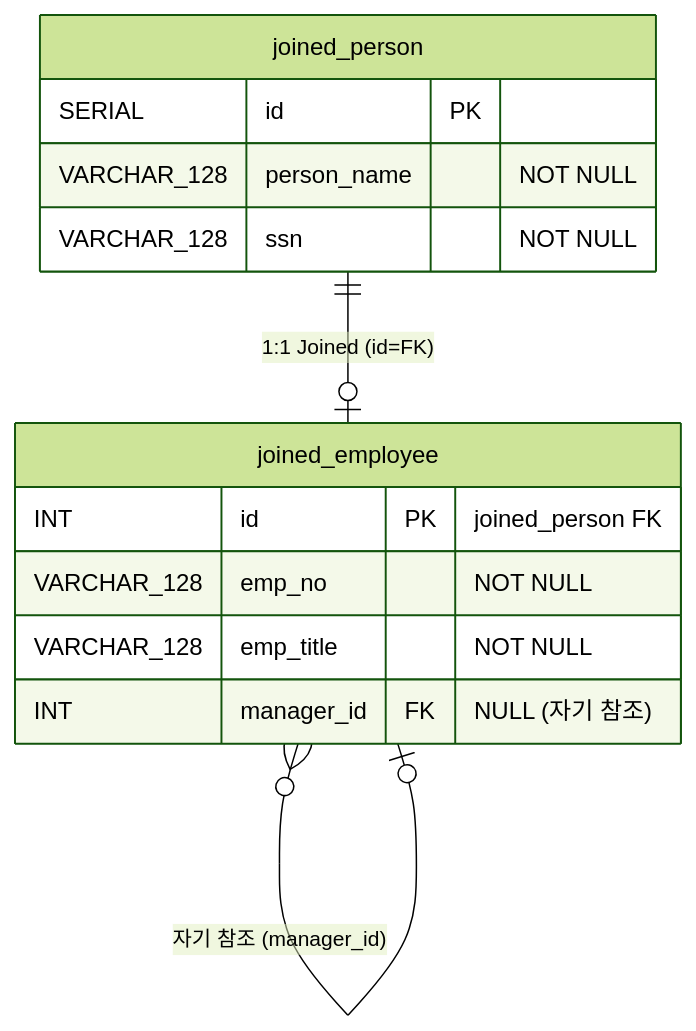
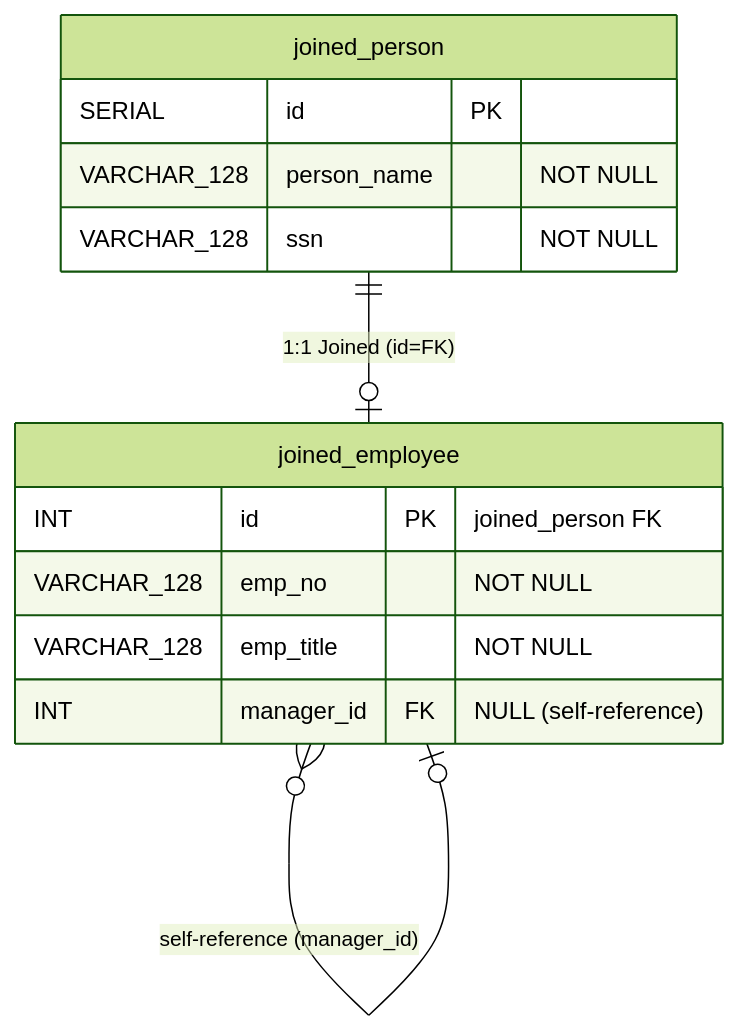
One commit to bluetape4k/exposed-workshop changed the third of 7 diagrams in 07-jpa/02-convert-jpa-advanced/README.md. Above: the diagram before and after it, drawn with Mermaid (forest theme). The commit also changed other lines of this file and 115 other files, not shown here.

````diff
--- a/07-jpa/02-convert-jpa-advanced/README.md
+++ b/07-jpa/02-convert-jpa-advanced/README.md
@@ -148,17 +150,17 @@
 ```mermaid
 erDiagram
     joined_person {
         SERIAL id PK
         VARCHAR_128 person_name "NOT NULL"
         VARCHAR_128 ssn "NOT NULL"
     }
     joined_employee {
         INT id PK "joined_person FK"
         VARCHAR_128 emp_no "NOT NULL"
         VARCHAR_128 emp_title "NOT NULL"
-        INT manager_id FK "NULL (자기 참조)"
+        INT manager_id FK "NULL (self-reference)"
     }
 
     joined_person ||--o| joined_employee : "1:1 Joined (id=FK)"
-    joined_employee }o--o| joined_employee : "자기 참조 (manager_id)"
+    joined_employee }o--o| joined_employee : "self-reference (manager_id)"
 ```
````
